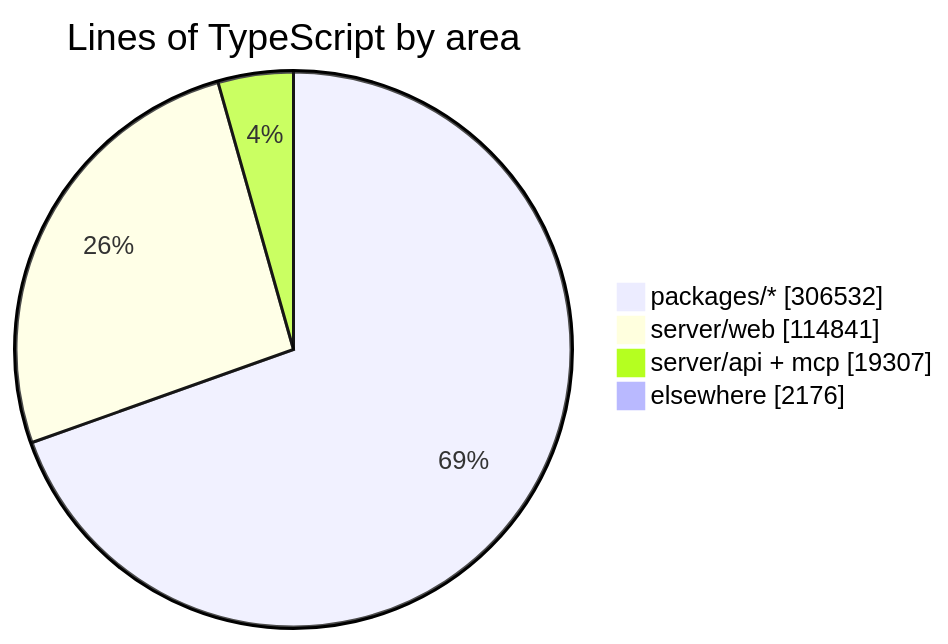
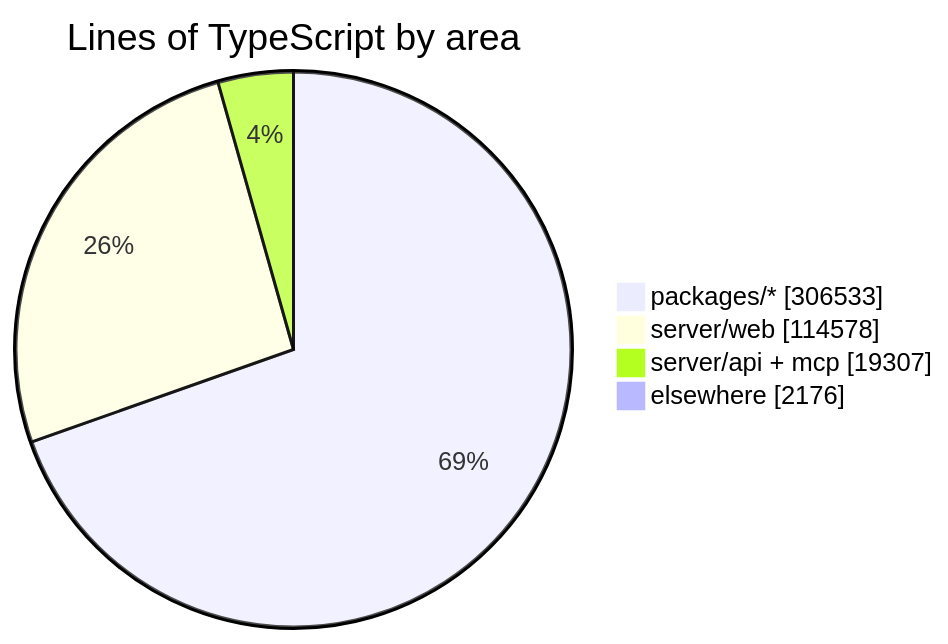
One commit to crossworks-engineering/mantle changed the diagram in README.md. Above: the diagram before and after it, drawn with Mermaid. The commit also changed other lines of this file and 2 other files, not shown here.

````diff
--- a/README.md
+++ b/README.md
@@ -294,7 +294,7 @@
 ```mermaid
 pie showData title Lines of TypeScript by area
-    "packages/*" : 306532
-    "server/web" : 114841
+    "packages/*" : 306533
+    "server/web" : 114578
     "server/api + mcp" : 19307
     "elsewhere" : 2176
 ```
````
